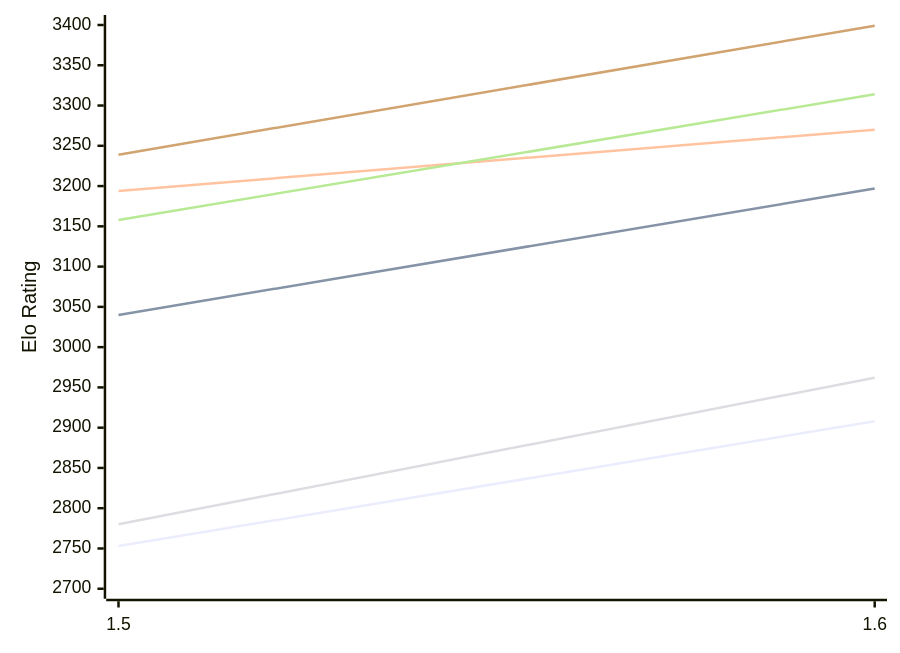
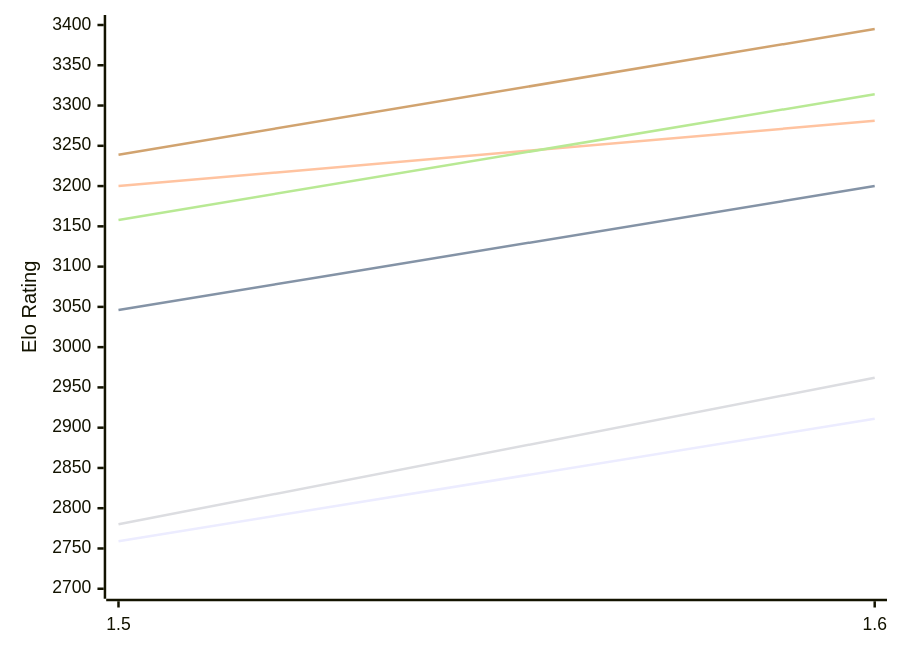
Before and after one commit to computer-chess-index/cci: the first of 2 diagrams in engines/Yakka.md, drawn with Mermaid. The commit also changed other lines of this file, not shown here.

Commit message:
Update CCI Ratings (ELO VLTC) - 2026-11-10

````diff
--- a/engines/Yakka.md
+++ b/engines/Yakka.md
@@ -51,12 +51,12 @@
 ```mermaid
 %%{init: {"theme":"base","themeVariables":{"seriesColors:['#a3a3a3','#222221','#faa371']}}}%%
 xychart-beta
   x-axis ["1.5", "1.6"]
   y-axis "Elo Rating" 2700 --> 3400
-  line "E1: STC (8.0+0.08s)" [2753, 2908]
-  line "E1: LTC (60.0+0.60s)" [3040, 3197]
-  line "E1: VLTC (2m24s+1.12s)" [3194, 3270]
+  line "E1: STC (8.0+0.08s)" [2759, 2911]
+  line "E1: LTC (60.0+0.60s)" [3046, 3200]
+  line "E1: VLTC (2m24s+1.12s)" [3200, 3281]
   line "P1: STC (8.0+0.08s)" [2780, 2962]
   line "P1: LTC (60.0+0.60s)" [3158, 3314]
-  line "P1: VLTC (2m24s+1.12s)" [3239, 3399]
+  line "P1: VLTC (2m24s+1.12s)" [3239, 3395]
 ```
````
